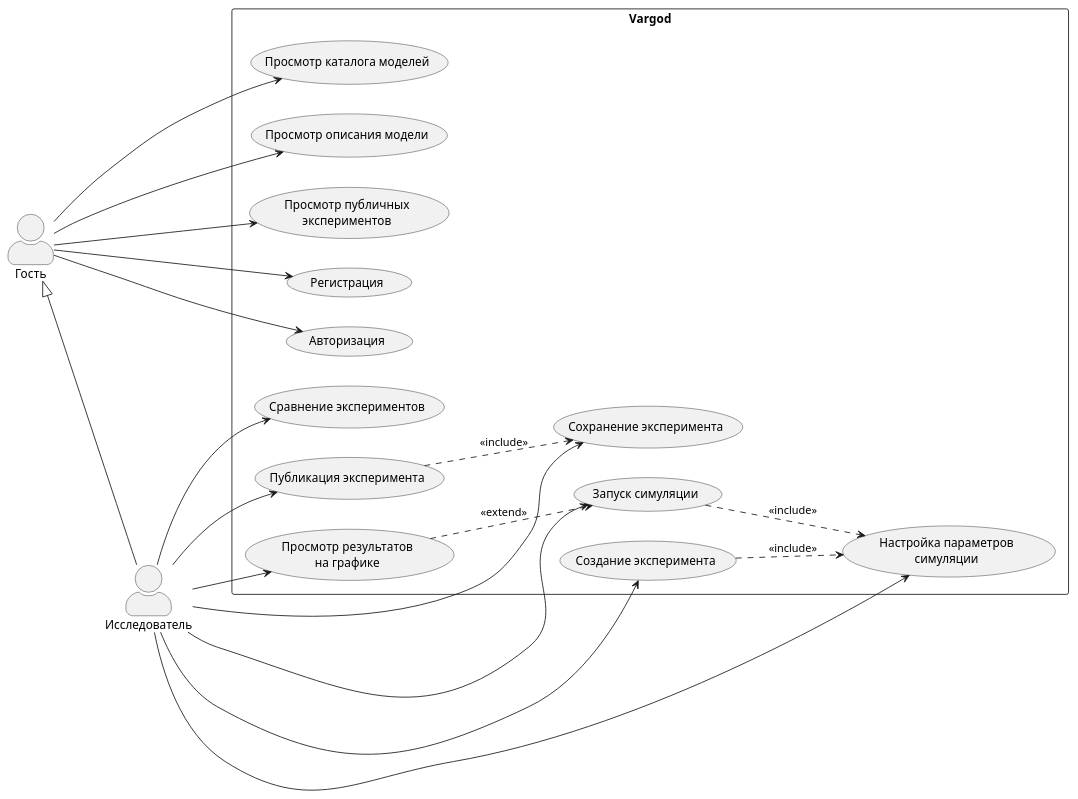
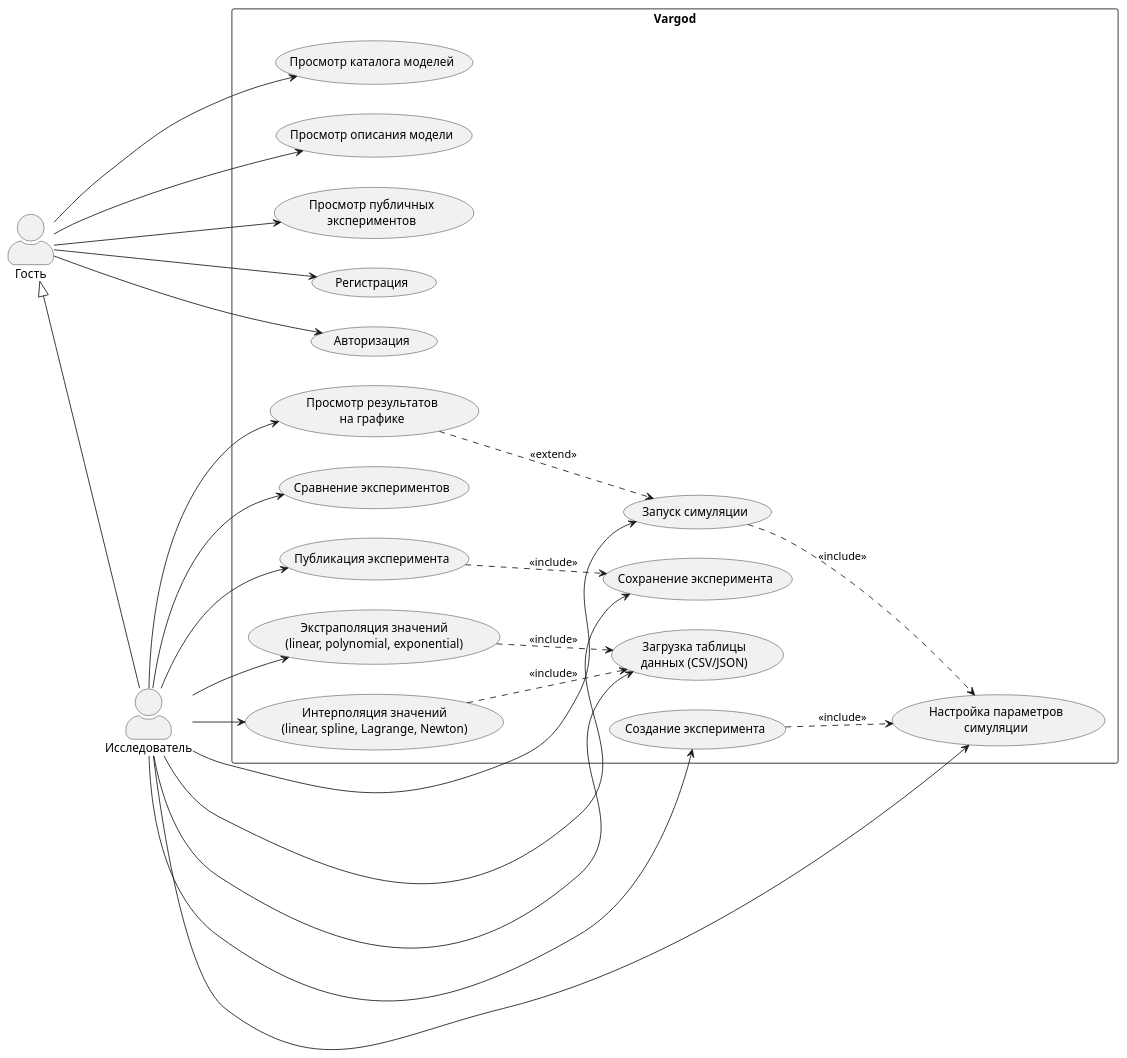
One commit to Nna2291/vargod changed the diagram in diagrams/usecase.puml. Above: the diagram before and after it, drawn with PlantUML. The commit also changed 23 other files, not shown here.

```diff
--- a/diagrams/usecase.puml
+++ b/diagrams/usecase.puml
@@ -1,46 +1,55 @@
 @startuml usecase
 skinparam packageStyle rectangle
 skinparam actorStyle awesome
 left to right direction
 
 actor "Гость" as Guest
 actor "Исследователь" as Researcher
 
 Guest <|-- Researcher
 
 rectangle "Vargod" {
   usecase "Просмотр каталога моделей" as UC1
   usecase "Просмотр описания модели" as UC2
   usecase "Просмотр публичных\nэкспериментов" as UC3
   usecase "Регистрация" as UC4
   usecase "Авторизация" as UC5
 
   usecase "Создание эксперимента" as UC6
   usecase "Настройка параметров\nсимуляции" as UC7
   usecase "Запуск симуляции" as UC8
   usecase "Просмотр результатов\nна графике" as UC9
   usecase "Сохранение эксперимента" as UC10
   usecase "Сравнение экспериментов" as UC11
   usecase "Публикация эксперимента" as UC12
+
+  usecase "Загрузка таблицы\nданных (CSV/JSON)" as UC13
+  usecase "Интерполяция значений\n(linear, spline, Lagrange, Newton)" as UC14
+  usecase "Экстраполяция значений\n(linear, polynomial, exponential)" as UC15
 }
 
 Guest --> UC1
 Guest --> UC2
 Guest --> UC3
 Guest --> UC4
 Guest --> UC5
 
 Researcher --> UC6
 Researcher --> UC7
 Researcher --> UC8
 Researcher --> UC9
 Researcher --> UC10
 Researcher --> UC11
 Researcher --> UC12
+Researcher --> UC13
+Researcher --> UC14
+Researcher --> UC15
 
 UC6 ..> UC7 : <<include>>
 UC8 ..> UC7 : <<include>>
 UC9 ..> UC8 : <<extend>>
 UC12 ..> UC10 : <<include>>
+UC14 ..> UC13 : <<include>>
+UC15 ..> UC13 : <<include>>
 
 @enduml
```
